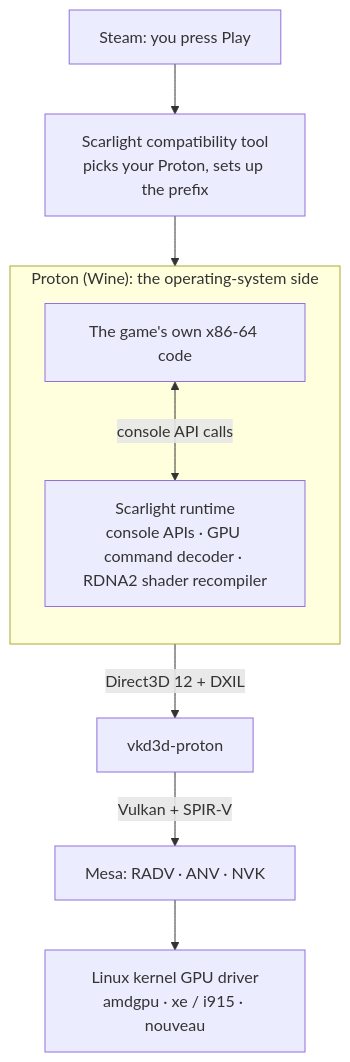
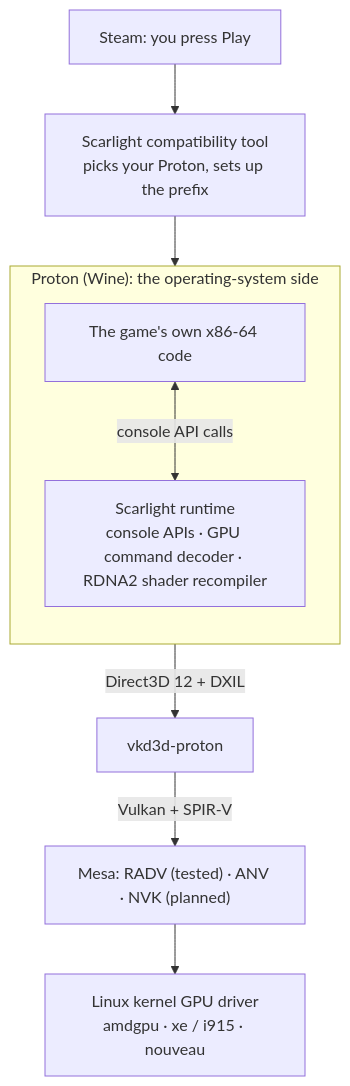
The diagram in README.md (pablogonz12/Scarlight), drawn with Mermaid before and after one commit. The commit also changed other lines of this file, not shown here.

Commit message:
README: NVK is planned, not a current target (matches docs/hardware.md)

````diff
--- a/README.md
+++ b/README.md
@@ -124,12 +125,12 @@
 ```mermaid
 flowchart TB
     S["Steam: you press Play"] --> T["Scarlight compatibility tool<br/>picks your Proton, sets up the prefix"]
     T --> P
     subgraph P["Proton (Wine): the operating-system side"]
         direction TB
         G["The game's own x86-64 code"] <-->|"console API calls"| R["Scarlight runtime<br/>console APIs · GPU command decoder · RDNA2 shader recompiler"]
     end
     R -->|"Direct3D 12 + DXIL"| V["vkd3d-proton"]
-    V -->|"Vulkan + SPIR-V"| M["Mesa: RADV · ANV · NVK"]
+    V -->|"Vulkan + SPIR-V"| M["Mesa: RADV (tested) · ANV · NVK (planned)"]
     M --> K["Linux kernel GPU driver<br/>amdgpu · xe / i915 · nouveau"]
 ```
````
